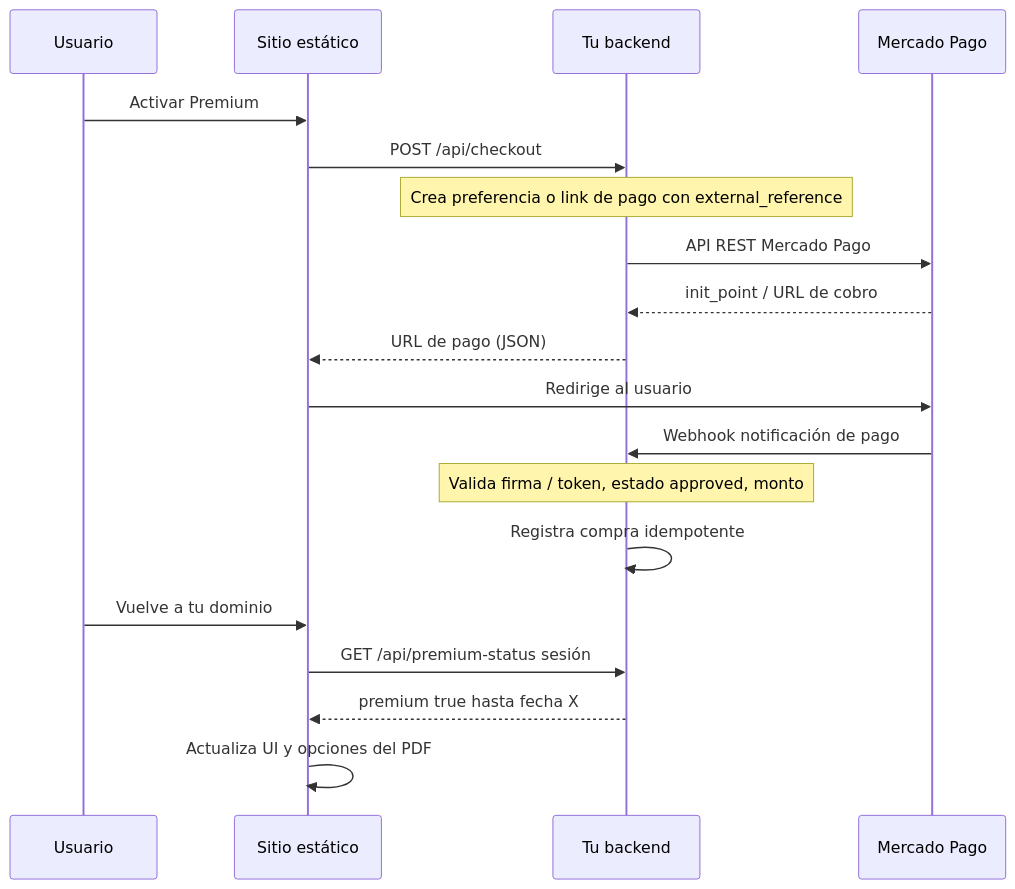
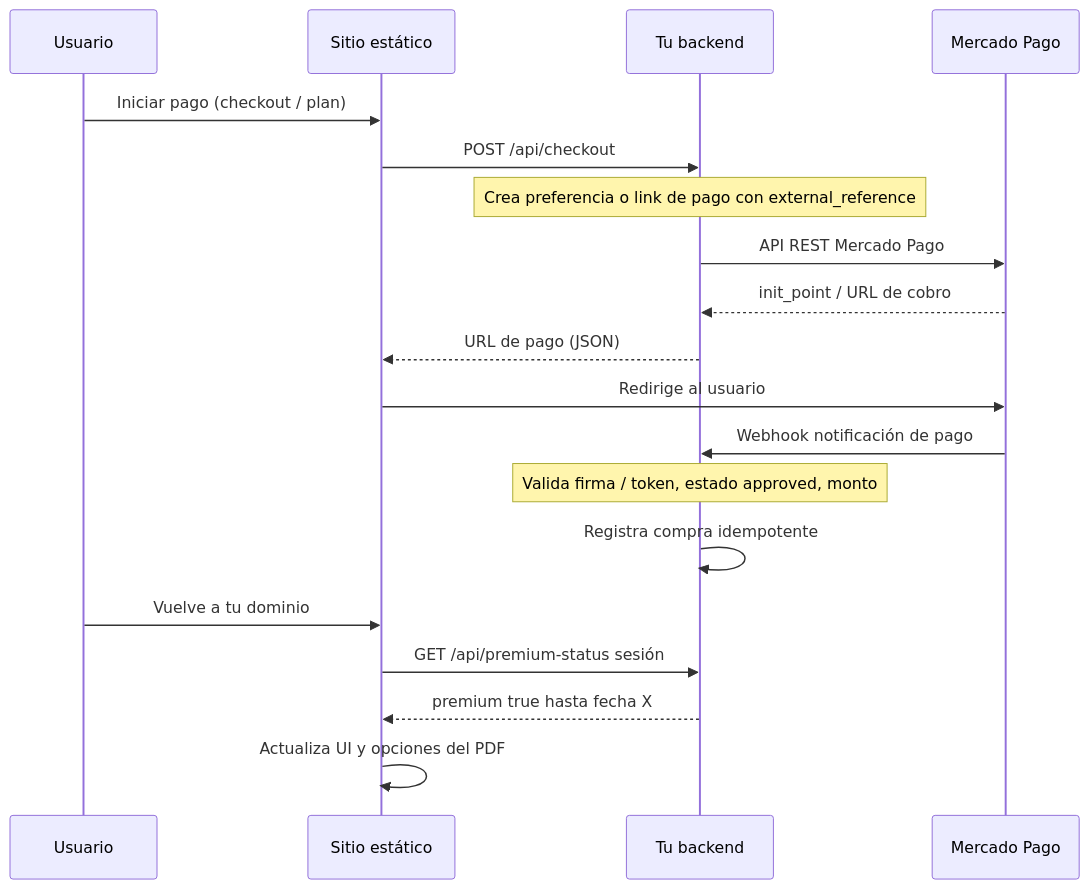
One commit to wald2400/cv-generator changed the diagram in README.md. Above: the diagram before and after it, drawn with Mermaid. The commit also changed other lines of this file and 6 other files, not shown here.

````diff
--- a/README.md
+++ b/README.md
@@ -62,22 +62,22 @@
 ```mermaid
 sequenceDiagram
     participant U as Usuario
     participant FE as Sitio estático
     participant API as Tu backend
     participant MP as Mercado Pago
 
-    U->>FE: Activar Premium
+    U->>FE: Iniciar pago (checkout / plan)
     FE->>API: POST /api/checkout
     Note over API: Crea preferencia o link de pago con external_reference
     API->>MP: API REST Mercado Pago
     MP-->>API: init_point / URL de cobro
     API-->>FE: URL de pago (JSON)
     FE->>MP: Redirige al usuario
     MP->>API: Webhook notificación de pago
     Note over API: Valida firma / token, estado approved, monto
     API->>API: Registra compra idempotente
     U->>FE: Vuelve a tu dominio
     FE->>API: GET /api/premium-status sesión
     API-->>FE: premium true hasta fecha X
     FE->>FE: Actualiza UI y opciones del PDF
 ```
````
